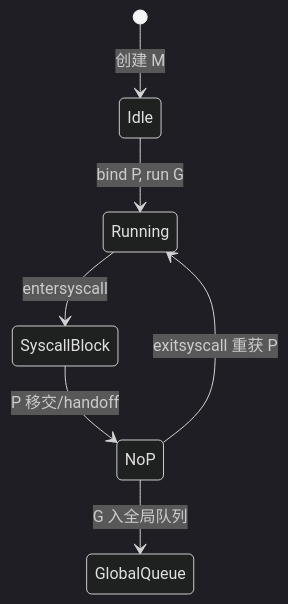
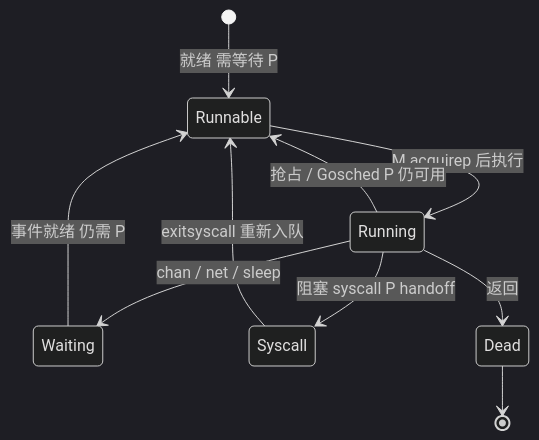
Before and after one commit to twodog-tt/Golang-development-manual: diagram 11 of 11 in docs/interview/01-runtime-concurrency/S-CONC-02-gmp-roles.md, drawn with Mermaid (dark theme). The commit also changed other lines of this file, not shown here.

First line of the commit message:
Expand G/M/P roles topic with eleven flowcharts and handoff depth.

````diff
--- a/docs/interview/01-runtime-concurrency/S-CONC-02-gmp-roles.md
+++ b/docs/interview/01-runtime-concurrency/S-CONC-02-gmp-roles.md
@@ -34,9 +344,12 @@
 ```mermaid
 stateDiagram-v2
-    [*] --> Idle: 创建 M
-    Idle --> Running: bind P, run G
-    Running --> SyscallBlock: entersyscall
-    SyscallBlock --> NoP: P 移交/handoff
-    NoP --> Running: exitsyscall 重获 P
-    NoP --> GlobalQueue: G 入全局队列
+  [*] --> Runnable: 就绪 需等待 P
+  Runnable --> Running: M acquirep 后执行
+  Running --> Runnable: 抢占 / Gosched P 仍可用
+  Running --> Waiting: chan / net / sleep
+  Running --> Syscall: 阻塞 syscall P handoff
+  Waiting --> Runnable: 事件就绪 仍需 P
+  Syscall --> Runnable: exitsyscall 重新入队
+  Running --> Dead: 返回
+  Dead --> [*]
 ```
````
